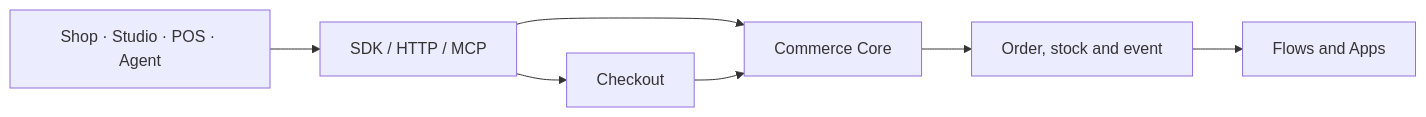
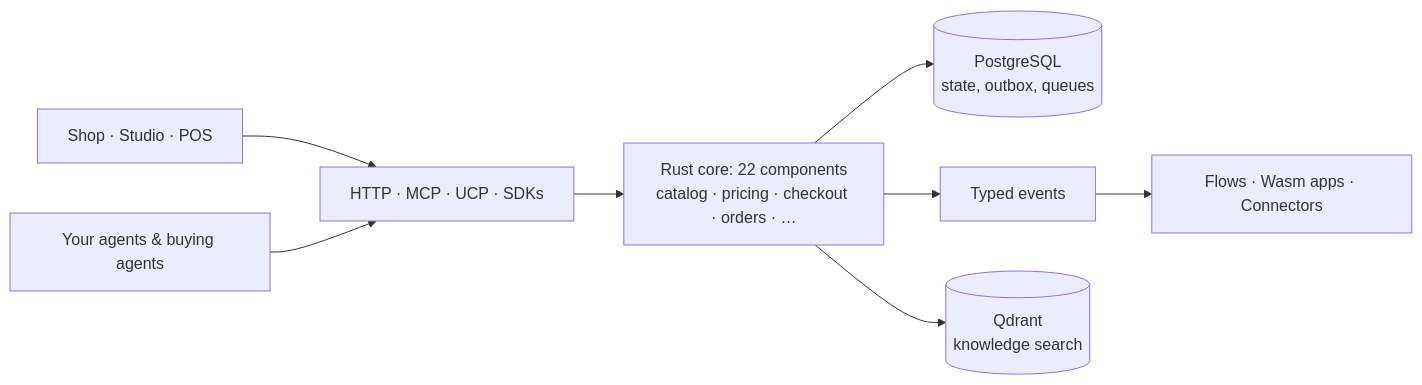
Before and after one commit to veyndo/veyndo: the diagram in README.md, drawn with Mermaid. The commit also changed other lines of this file and 6 other files, not shown here.

````diff
--- a/README.md
+++ b/README.md
@@ -28,9 +101,9 @@
 ```mermaid
 flowchart LR
-  UI["Shop · Studio · POS · Agent"] --> API["SDK / HTTP / MCP"]
-  API --> C["Commerce Core"]
-  API --> Q["Checkout"]
-  Q --> C
-  C --> E["Order, stock and event"]
-  E --> W["Flows and Apps"]
+  S["Shop · Studio · POS"] --> P["HTTP · MCP · UCP · SDKs"]
+  A["Your agents & buying agents"] --> P
+  P --> C["Rust core: 22 components<br>catalog · pricing · checkout · orders · …"]
+  C --> D[("PostgreSQL<br>state, outbox, queues")]
+  C --> E["Typed events"] --> F["Flows · Wasm apps · Connectors"]
+  C --> K[("Qdrant<br>knowledge search")]
 ```
````
